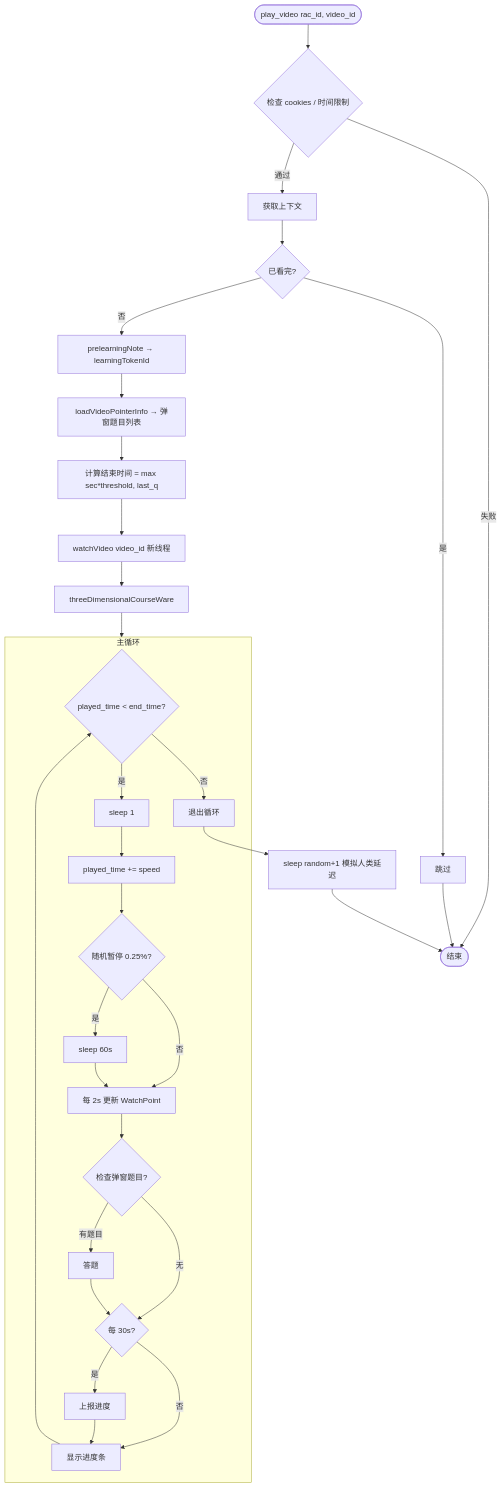
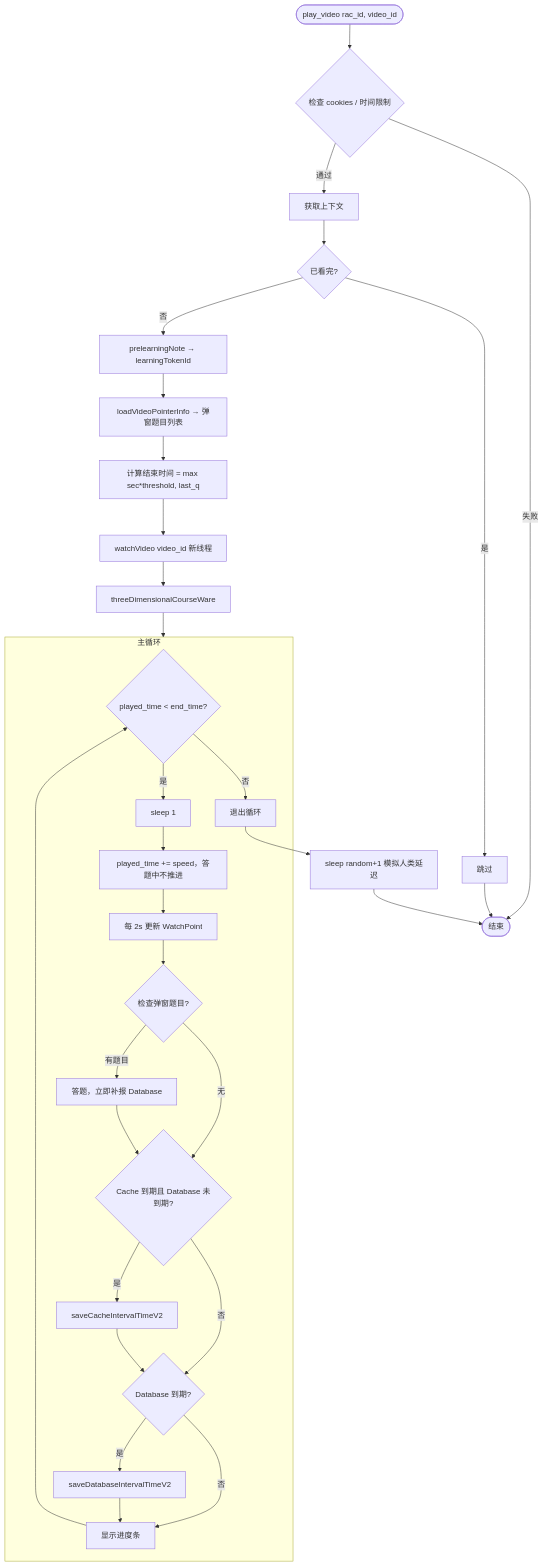
Before and after one commit to pjm314159/zhs: the second of 15 diagrams in docs/design.md, drawn with Mermaid. The commit also changed other lines of this file and 6 other files, not shown here.

````diff
--- a/docs/design.md
+++ b/docs/design.md
@@ -895,35 +1007,35 @@
 ```mermaid
 flowchart TD
     Start([play_video rac_id, video_id]) --> Check{检查 cookies / 时间限制}
     Check -->|通过| GetCtx[获取上下文]
     Check -->|失败| End([结束])
     GetCtx --> Done{已看完?}
     Done -->|是| Skip[跳过] --> End
     Done -->|否| Token[prelearningNote → learningTokenId]
     Token --> Questions[loadVideoPointerInfo → 弹窗题目列表]
     Questions --> CalcTime[计算结束时间 = max sec*threshold, last_q]
     CalcTime --> WatchVid[watchVideo video_id 新线程]
     WatchVid --> CourseWare[threeDimensionalCourseWare]
     CourseWare --> Loop
 
     subgraph Loop[主循环]
         LoopStart{played_time < end_time?} -->|否| LoopEnd[退出循环]
         LoopStart -->|是| Sleep[sleep 1]
-        Sleep --> IncTime[played_time += speed]
-        IncTime --> RandomPause{随机暂停 0.25%?}
-        RandomPause -->|是| Pause60[sleep 60s]
-        RandomPause -->|否| UpdateWP[每 2s 更新 WatchPoint]
-        Pause60 --> UpdateWP
+        Sleep --> IncTime[played_time += speed，答题中不推进]
+        IncTime --> UpdateWP[每 2s 更新 WatchPoint]
         UpdateWP --> CheckQ{检查弹窗题目?}
-        CheckQ -->|有题目| AnswerQ[答题]
-        CheckQ -->|无| Report{每 30s?}
-        AnswerQ --> Report
-        Report -->|是| Upload[上报进度]
-        Report -->|否| ShowBar[显示进度条]
-        Upload --> ShowBar
+        CheckQ -->|有题目| AnswerQ[答题，立即补报 Database]
+        CheckQ -->|无| Cache{Cache 到期且 Database 未到期?}
+        AnswerQ --> Cache
+        Cache -->|是| UploadC[saveCacheIntervalTimeV2]
+        Cache -->|否| DB{Database 到期?}
+        UploadC --> DB
+        DB -->|是| UploadD[saveDatabaseIntervalTimeV2]
+        DB -->|否| ShowBar[显示进度条]
+        UploadD --> ShowBar
         ShowBar --> LoopStart
     end
 
     LoopEnd --> HumanDelay[sleep random+1 模拟人类延迟]
     HumanDelay --> End
 ```
````
